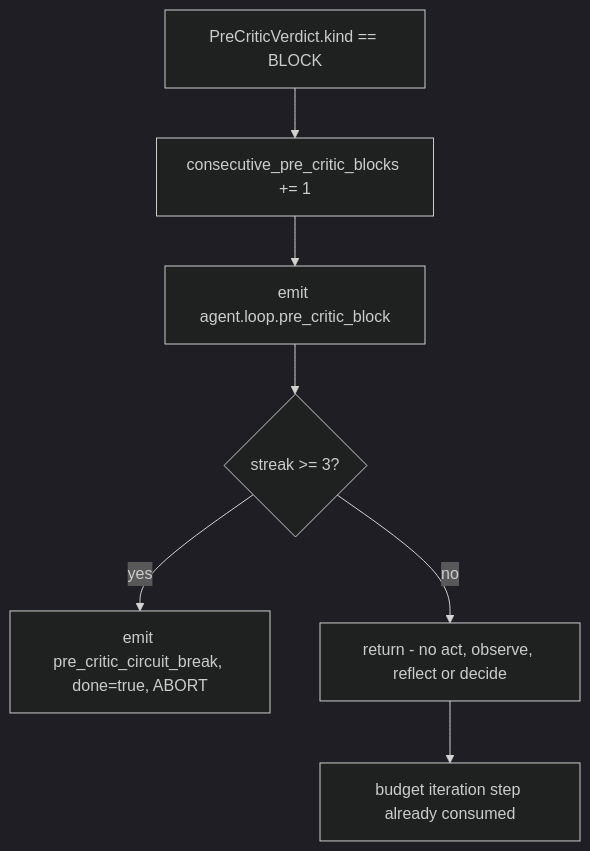
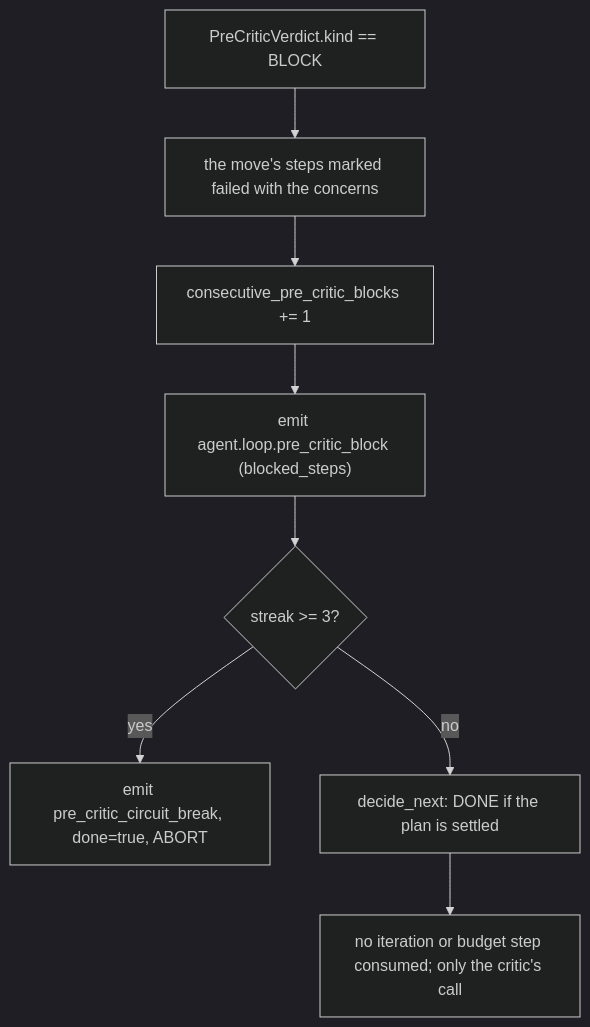
Before and after one commit to gondolerahul/hire-buddha-app: the eighth of 25 diagrams in docs/current/05-agent-kernel.md, drawn with Mermaid (dark theme). The commit also changed other lines of this file and 9 other files, not shown here.

````diff
--- a/docs/current/05-agent-kernel.md
+++ b/docs/current/05-agent-kernel.md
@@ -659,9 +666,10 @@
 ```mermaid
 flowchart TD
-    B["PreCriticVerdict.kind == BLOCK"] --> INC["consecutive_pre_critic_blocks += 1"]
-    INC --> EV["emit agent.loop.pre_critic_block"]
+    B["PreCriticVerdict.kind == BLOCK"] --> FAIL["the move's steps marked failed with the concerns"]
+    FAIL --> INC["consecutive_pre_critic_blocks += 1"]
+    INC --> EV["emit agent.loop.pre_critic_block (blocked_steps)"]
     EV --> CHK{"streak >= 3?"}
     CHK -- yes --> BRK["emit pre_critic_circuit_break, done=true, ABORT"]
-    CHK -- no --> RET["return - no act, observe, reflect or decide"]
-    RET --> NOTE["budget iteration step already consumed"]
+    CHK -- no --> DEC["decide_next: DONE if the plan is settled"]
+    DEC --> NOTE["no iteration or budget step consumed; only the critic's call"]
 ```
````
